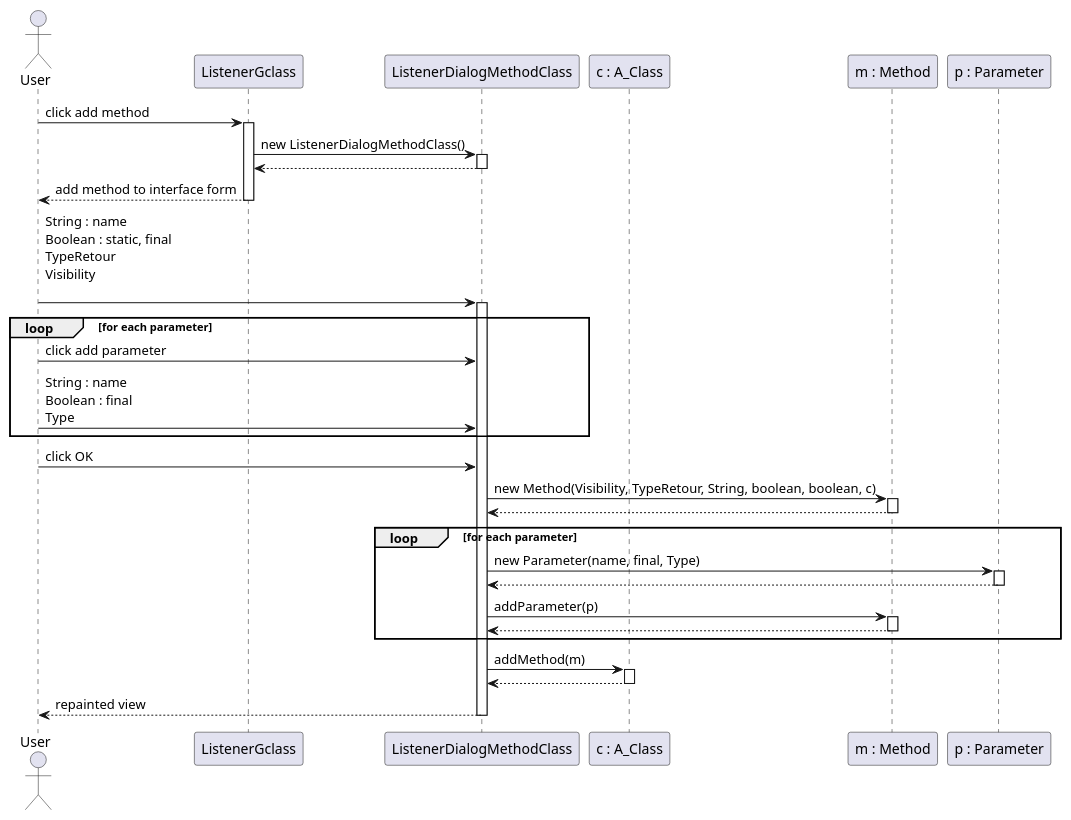
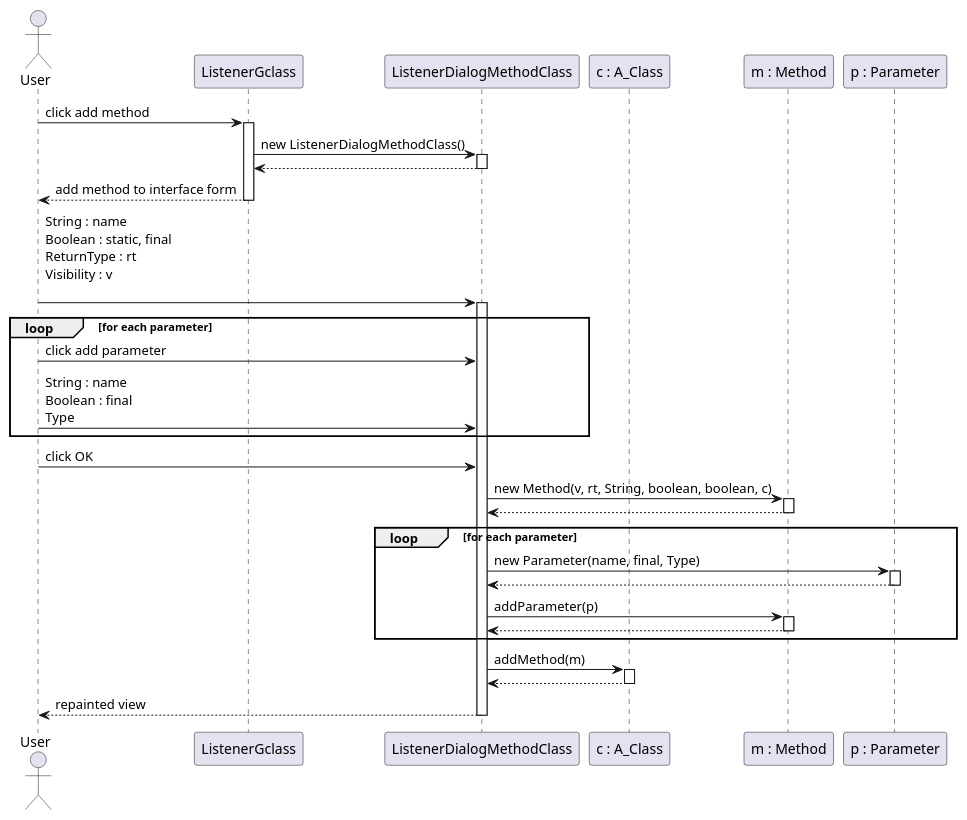
Before and after one commit to Phalexei/Modeleur: the diagram in src/com/github/tomap/uml/conception/sequenceDiagrams/addMethodClass.puml, drawn with PlantUML. The commit also changed 2 other files, not shown here.

Commit message:
diagrammes de séquence

```diff
--- a/src/com/github/tomap/uml/conception/sequenceDiagrams/addMethodClass.puml
+++ b/src/com/github/tomap/uml/conception/sequenceDiagrams/addMethodClass.puml
@@ -1,55 +1,55 @@
 @startuml
 
     actor User as u
     participant ListenerGclass as lgc
     participant ListenerDialogMethodClass as lmc
     participant "c : A_Class" as c
     participant "m : Method" as m
     participant "p : Parameter" as p
 
     u -> lgc: click add method
     activate lgc
 
     lgc -> lmc : new ListenerDialogMethodClass()
     activate lmc
     lmc --> lgc
     deactivate lmc
 
     lgc --> u : add method to interface form
     deactivate lgc
 
     
 
-    u -> lmc: String : name\nBoolean : static, final\nTypeRetour\nVisibility\n
+    u -> lmc: String : name\nBoolean : static, final\nReturnType : rt\nVisibility : v\n
     activate lmc
     loop for each parameter
         u -> lmc: click add parameter
         u -> lmc: String : name\nBoolean : final\nType
     end
 
     u -> lmc: click OK
 
 
-    lmc -> m: new Method(Visibility, TypeRetour, String, boolean, boolean, c)
+    lmc -> m: new Method(v, rt, String, boolean, boolean, c)
     activate m
     m --> lmc
     deactivate m
     loop for each parameter
         lmc -> p: new Parameter(name, final, Type)
         activate p
         p --> lmc
         deactivate p
         lmc -> m: addParameter(p)
         activate m
         m --> lmc
         deactivate m
     end
     deactivate m
     lmc -> c: addMethod(m)
     activate c
     c --> lmc
     deactivate c
 
     lmc --> u: repainted view
     deactivate lmc
 @enduml
```
